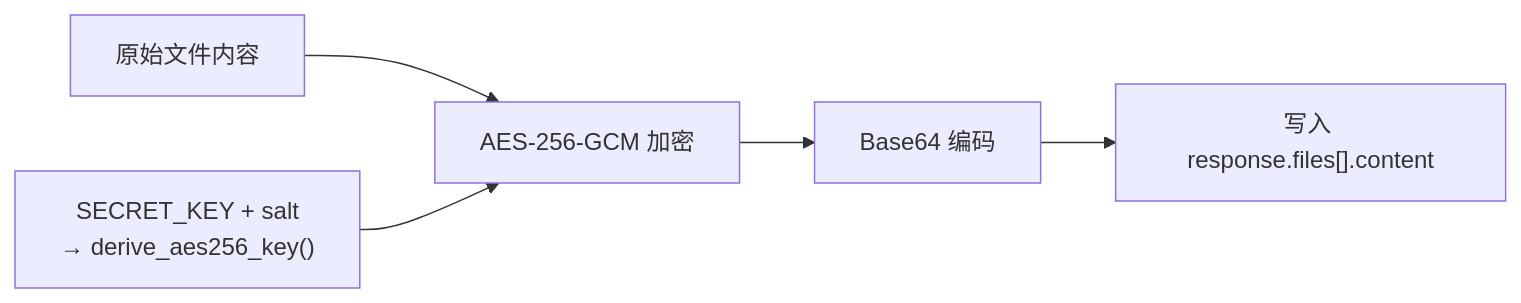
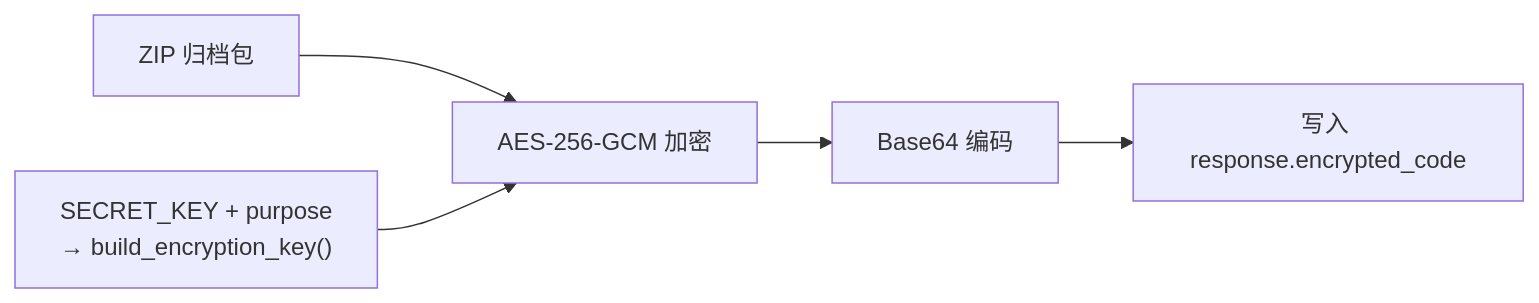
The second of 2 diagrams in technical-analysis-docs/skill-download-flow-without-rbac.md (jiabai/open-skillhub), drawn with Mermaid before and after one commit. The commit also changed other lines of this file and 6 other files, not shown here.

````diff
--- a/technical-analysis-docs/skill-download-flow-without-rbac.md
+++ b/technical-analysis-docs/skill-download-flow-without-rbac.md
@@ -125,8 +119,8 @@
 ```mermaid
 flowchart LR
-    A["原始文件内容"] --> B["AES-256-GCM 加密"]
+    A["ZIP 归档包"] --> B["AES-256-GCM 加密"]
     B --> C["Base64 编码"]
-    C --> D["写入 response.files[].content"]
+    C --> D["写入 response.encrypted_code"]
     
-    KEY["SECRET_KEY + salt<br/>→ derive_aes256_key()"] --> B
+    KEY["SECRET_KEY + purpose<br/>→ build_encryption_key()"] --> B
 ```
````
